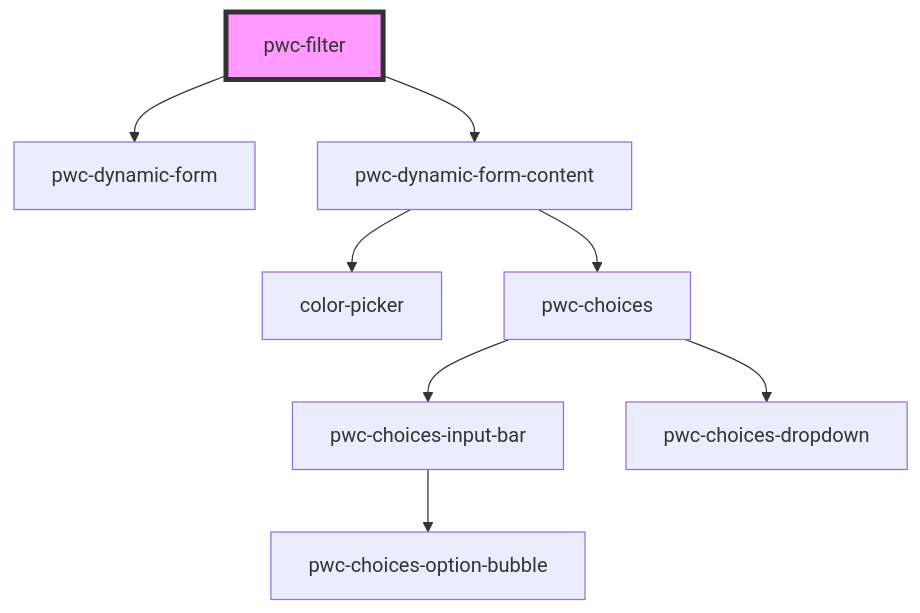
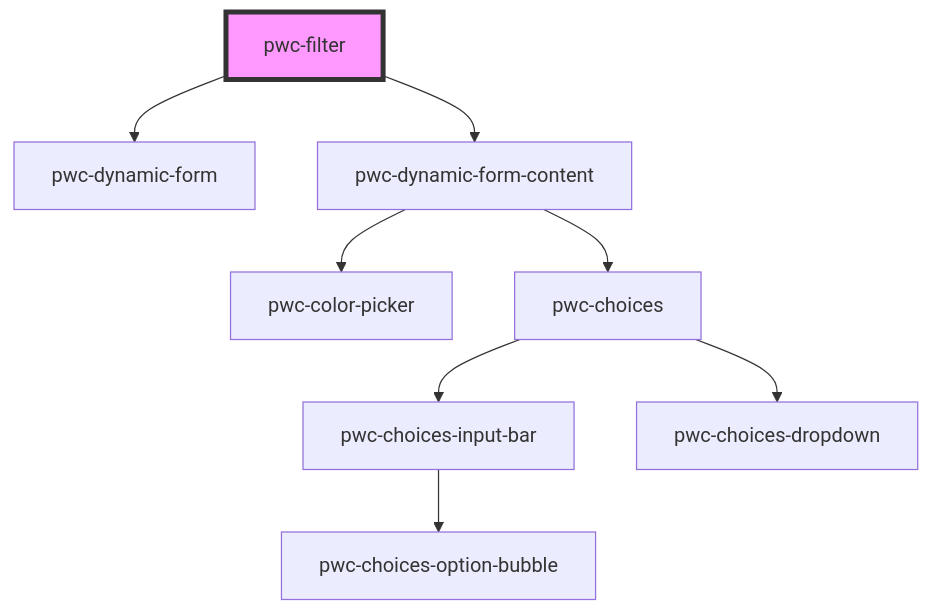
The diagram in src/components/pwc-filter/readme.md (Paraboly/pwc-filter), drawn with Mermaid before and after one commit. The commit also changed 3 other files, not shown here.

````diff
--- a/src/components/pwc-filter/readme.md
+++ b/src/components/pwc-filter/readme.md
@@ -42,11 +42,11 @@
 ```mermaid
 graph TD;
   pwc-filter --> pwc-dynamic-form
   pwc-filter --> pwc-dynamic-form-content
-  pwc-dynamic-form-content --> color-picker
+  pwc-dynamic-form-content --> pwc-color-picker
   pwc-dynamic-form-content --> pwc-choices
   pwc-choices --> pwc-choices-input-bar
   pwc-choices --> pwc-choices-dropdown
   pwc-choices-input-bar --> pwc-choices-option-bubble
   style pwc-filter fill:#f9f,stroke:#333,stroke-width:4px
 ```
````
